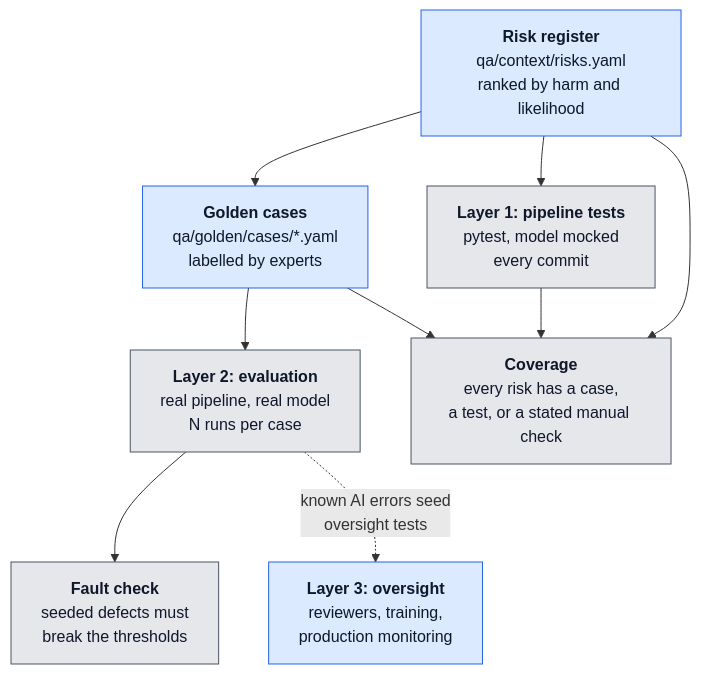
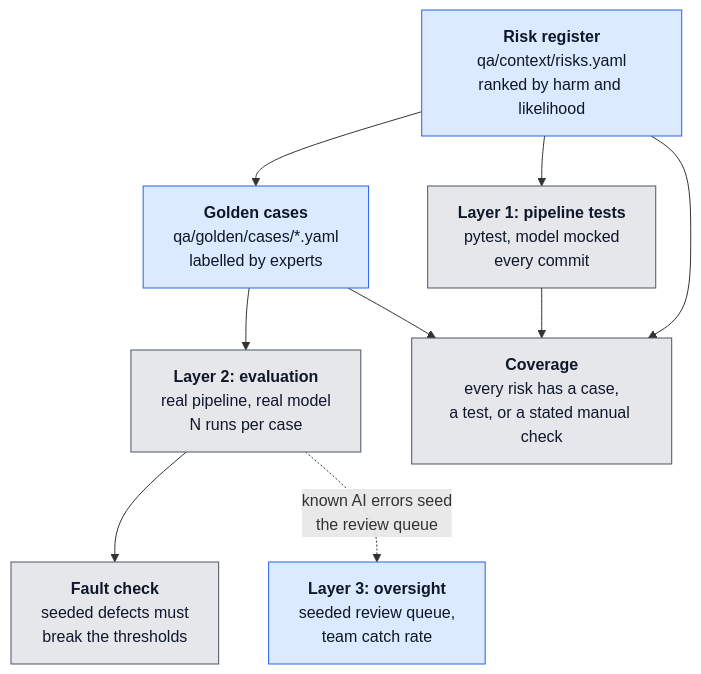
One commit to routaz/llm-eval-kit changed the diagram in README.md. Above: the diagram before and after it, drawn with Mermaid. The commit also changed other lines of this file and 13 other files, not shown here.

First line of the commit message:
Add oversight testing (Layer 3) and drift detection

````diff
--- a/README.md
+++ b/README.md
@@ -18,20 +18,20 @@
 ```mermaid
 flowchart TD
   RISKS["<b>Risk register</b><br/>qa/context/risks.yaml<br/>ranked by harm and likelihood"]:::person
   GOLDEN["<b>Golden cases</b><br/>qa/golden/cases/*.yaml<br/>labelled by experts"]:::person
   L1["<b>Layer 1: pipeline tests</b><br/>pytest, model mocked<br/>every commit"]:::code
   L2["<b>Layer 2: evaluation</b><br/>real pipeline, real model<br/>N runs per case"]:::code
   FAULTS["<b>Fault check</b><br/>seeded defects must<br/>break the thresholds"]:::code
   COV["<b>Coverage</b><br/>every risk has a case,<br/>a test, or a stated manual check"]:::code
-  L3["<b>Layer 3: oversight</b><br/>reviewers, training,<br/>production monitoring"]:::person
+  L3["<b>Layer 3: oversight</b><br/>seeded review queue,<br/>team catch rate"]:::person
 
   RISKS --> GOLDEN --> L2 --> FAULTS
   RISKS --> L1
   RISKS --> COV
   L1 --> COV
   GOLDEN --> COV
-  L2 -. "known AI errors seed<br/>oversight tests" .-> L3
+  L2 -. "known AI errors seed<br/>the review queue" .-> L3
 
   classDef person fill:#dbeafe,stroke:#2563eb,color:#0f172a
   classDef code fill:#e5e7eb,stroke:#4b5563,color:#0f172a
 ```
````
